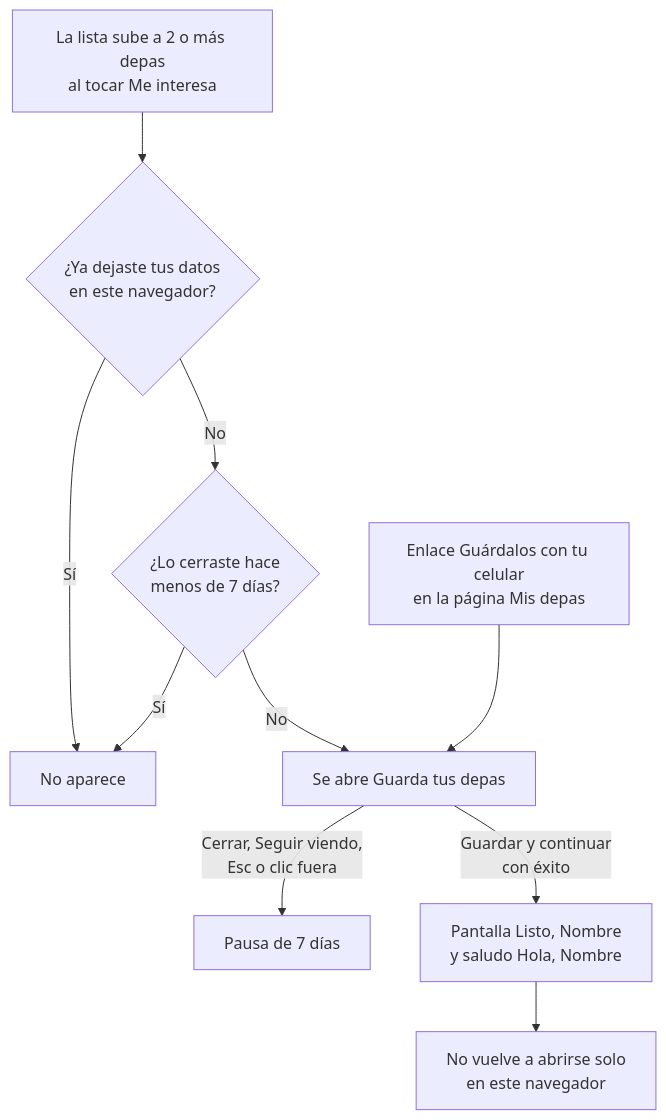
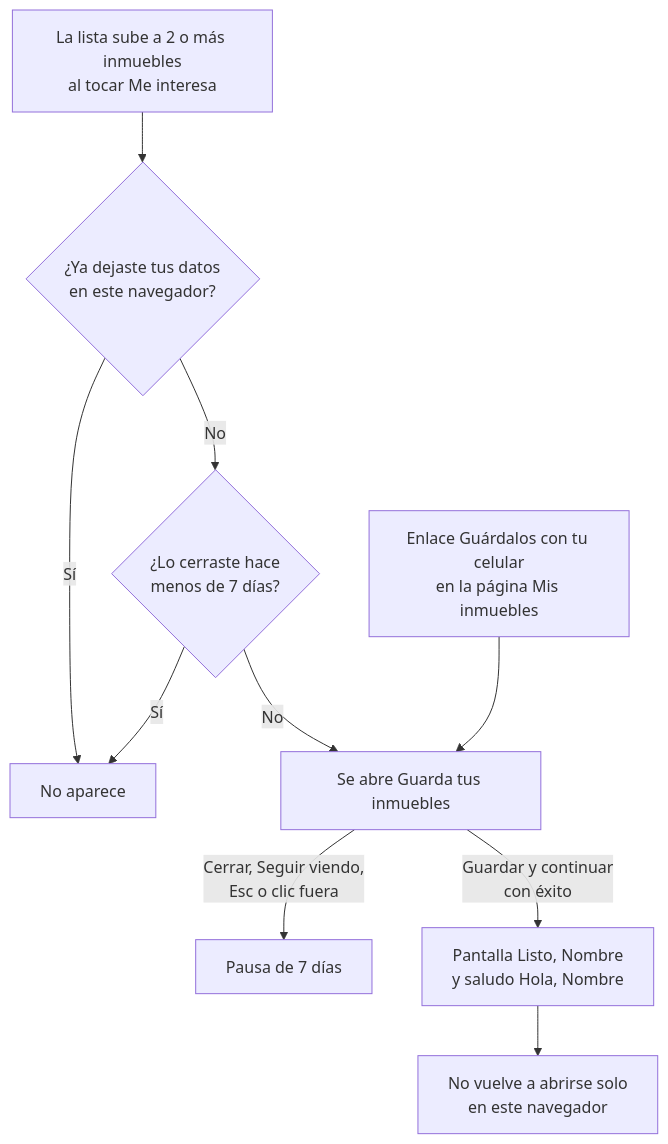
Before and after one commit to samirharrytl/DHC_landing: the ninth of 17 diagrams in docs/plataforma/09-manual-funcional.md, drawn with Mermaid. The commit also changed other lines of this file and 72 other files, not shown here.

First line of the commit message:
Fuente Poppins como depahostperu.com, "Mis depas" pasa a "Mis inmuebles" y cambios en API y panel

````diff
--- a/docs/plataforma/09-manual-funcional.md
+++ b/docs/plataforma/09-manual-funcional.md
@@ -1328,12 +1323,12 @@
 ```mermaid
 flowchart TD
-    sube["La lista sube a 2 o más depas<br/>al tocar Me interesa"] --> datos{"¿Ya dejaste tus datos<br/>en este navegador?"}
+    sube["La lista sube a 2 o más inmuebles<br/>al tocar Me interesa"] --> datos{"¿Ya dejaste tus datos<br/>en este navegador?"}
     datos -->|"Sí"| nada["No aparece"]
     datos -->|"No"| pausa{"¿Lo cerraste hace<br/>menos de 7 días?"}
     pausa -->|"Sí"| nada
-    pausa -->|"No"| abierto["Se abre Guarda tus depas"]
-    enlace["Enlace Guárdalos con tu celular<br/>en la página Mis depas"] --> abierto
+    pausa -->|"No"| abierto["Se abre Guarda tus inmuebles"]
+    enlace["Enlace Guárdalos con tu celular<br/>en la página Mis inmuebles"] --> abierto
     abierto -->|"Cerrar, Seguir viendo,<br/>Esc o clic fuera"| espera["Pausa de 7 días"]
     abierto -->|"Guardar y continuar<br/>con éxito"| listo["Pantalla Listo, Nombre<br/>y saludo Hola, Nombre"]
     listo --> fin["No vuelve a abrirse solo<br/>en este navegador"]
 ```
````
